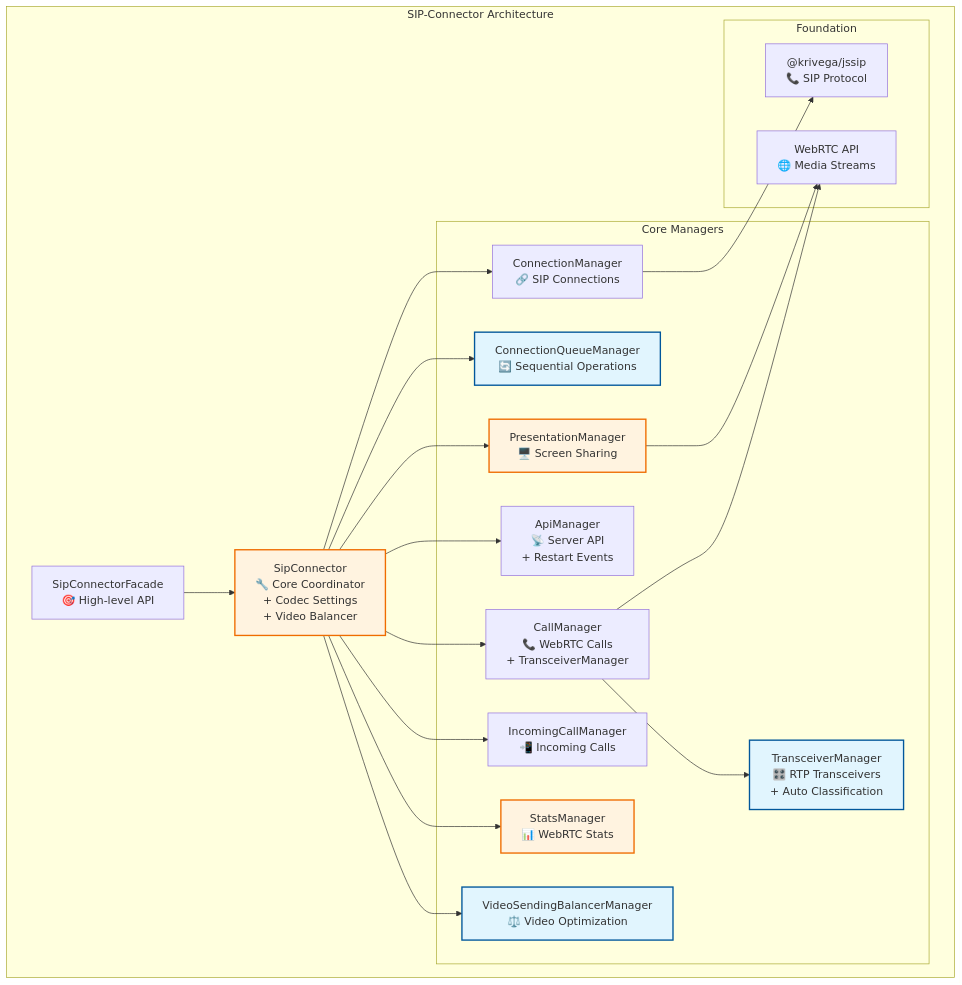
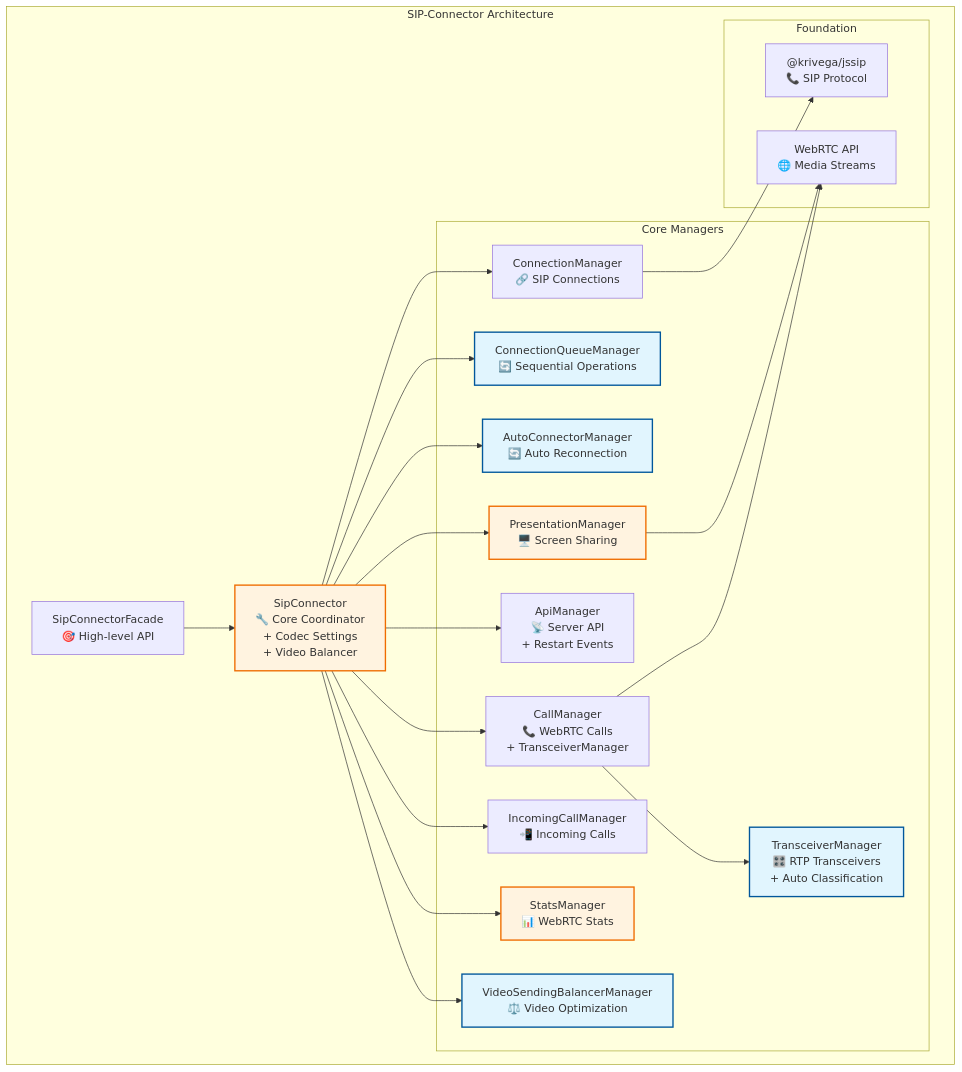
The diagram in docs/arch.md (Krivega/sip-connector), drawn with Mermaid before and after one commit. The commit also changed other lines of this file and 43 other files, not shown here.

Commit message:
feat!: add auto connector manager (#51)

````diff
--- a/docs/arch.md
+++ b/docs/arch.md
@@ -204,45 +227,48 @@
 ```mermaid
 graph TB
     subgraph "SIP-Connector Architecture"
         A["SipConnectorFacade<br/>🎯 High-level API"]
         B["SipConnector<br/>🔧 Core Coordinator<br/>+ Codec Settings<br/>+ Video Balancer"]
 
         subgraph "Core Managers"
             C["ConnectionManager<br/>🔗 SIP Connections"]
             D["CallManager<br/>📞 WebRTC Calls<br/>+ TransceiverManager"]
             E["ApiManager<br/>📡 Server API<br/>+ Restart Events"]
             F["PresentationManager<br/>🖥️ Screen Sharing"]
             G["IncomingCallManager<br/>📲 Incoming Calls"]
             H["StatsManager<br/>📊 WebRTC Stats"]
             I["VideoSendingBalancerManager<br/>⚖️ Video Optimization"]
             J["TransceiverManager<br/>🎛️ RTP Transceivers<br/>+ Auto Classification"]
             K["ConnectionQueueManager<br/>🔄 Sequential Operations"]
+            L["AutoConnectorManager<br/>🔄 Auto Reconnection"]
         end
 
         subgraph "Foundation"
             M["@krivega/jssip<br/>📞 SIP Protocol"]
             N["WebRTC API<br/>🌐 Media Streams"]
         end
 
         A --> B
         B --> C
         B --> K
+        B --> L
         B --> D
         B --> E
         B --> F
         B --> G
         B --> H
         B --> I
         D --> J
         D --> N
         F --> N
         C --> M
     end
 
     style I fill:#e1f5fe,stroke:#01579b,stroke-width:2px
     style J fill:#e1f5fe,stroke:#01579b,stroke-width:2px
     style K fill:#e1f5fe,stroke:#01579b,stroke-width:2px
+    style L fill:#e1f5fe,stroke:#01579b,stroke-width:2px
     style B fill:#fff3e0,stroke:#ef6c00,stroke-width:2px
     style F fill:#fff3e0,stroke:#ef6c00,stroke-width:2px
     style H fill:#fff3e0,stroke:#ef6c00,stroke-width:2px
 ```
````
